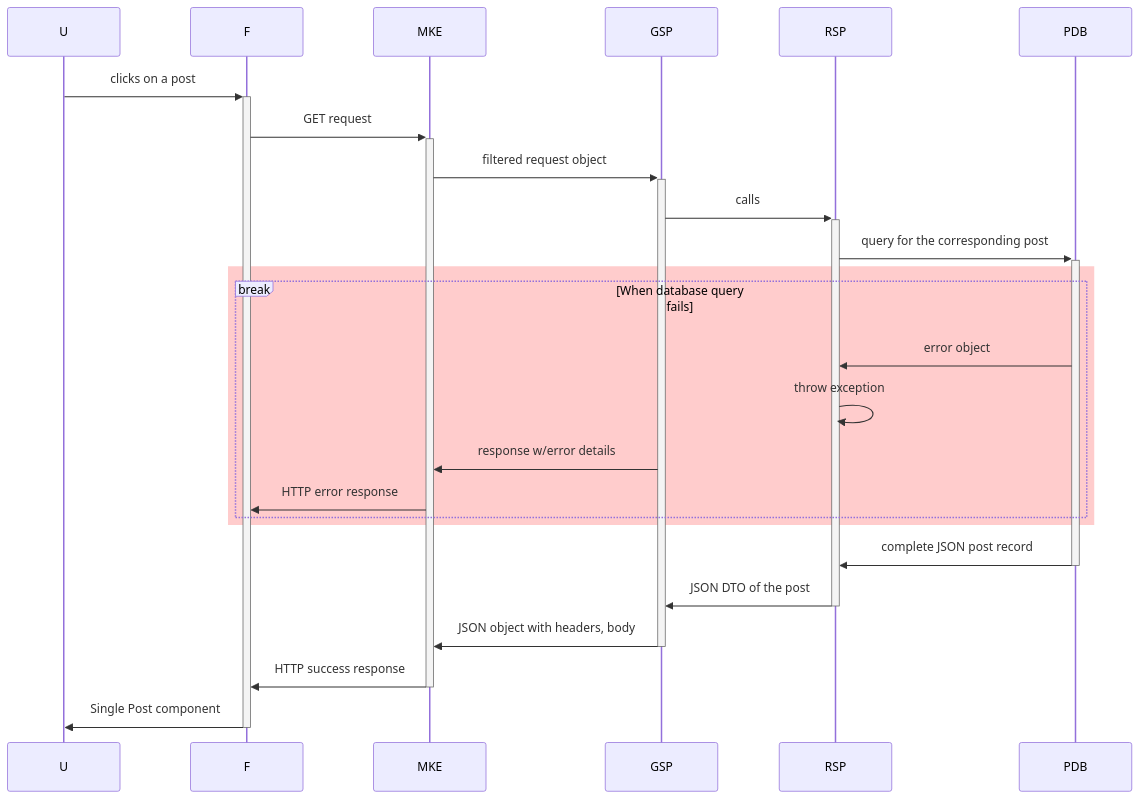
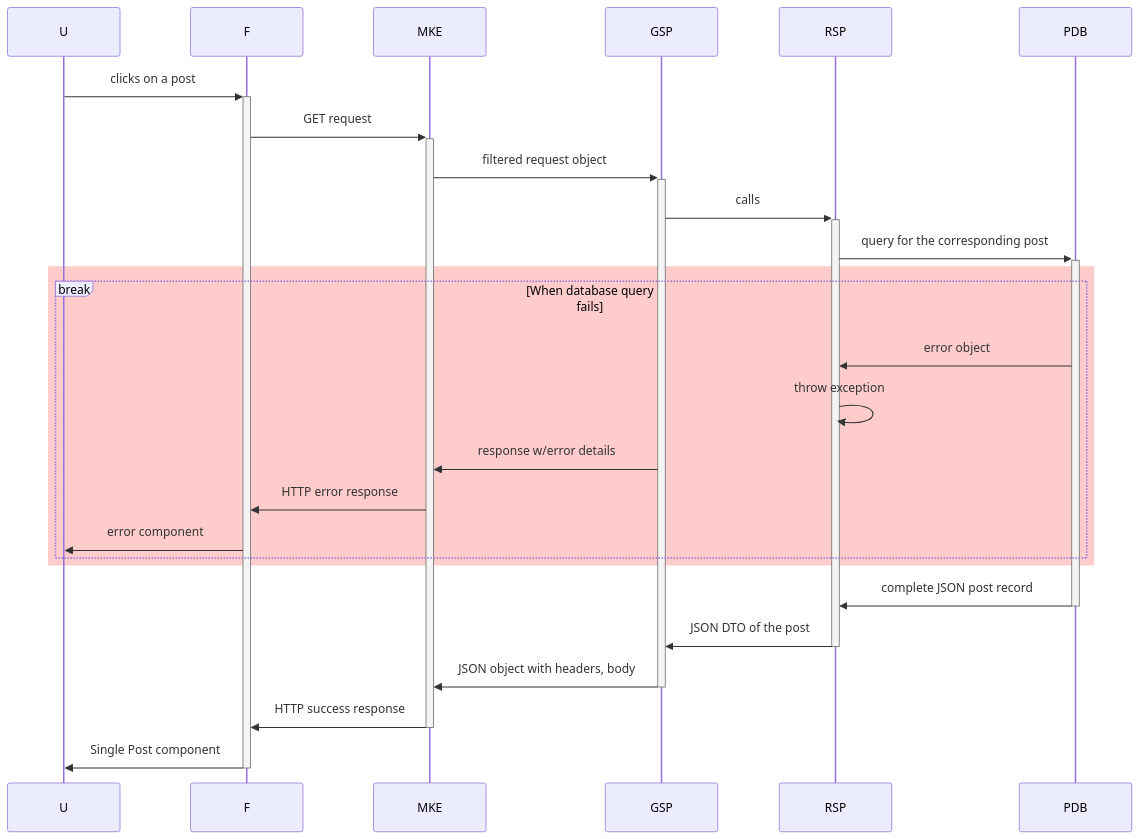
Before and after one commit to maryamkhan14/cv-circle: the first of 3 diagrams in DOCUMENTATION.md, drawn with Mermaid. The commit also changed other lines of this file, not shown here.

Commit message:
Added some missing details in sequence diagrams

````diff
--- a/DOCUMENTATION.md
+++ b/DOCUMENTATION.md
@@ -28,23 +28,24 @@
 ```mermaid
 sequenceDiagram
     U->>+F: clicks on a post
     F->>+MKE: GET request
     MKE->>+GSP: filtered request object
     GSP->>+RSP: calls
     RSP->>+PDB: query for the corresponding post
 
     rect rgba(255, 0, 0, 0.2)
         break When database query fails
             PDB->>RSP: error object
             RSP->>RSP: throw exception
             GSP->>MKE: response w/error details
             MKE->>F: HTTP error response
+            F->>U: error component
         end
     end
 
     PDB->>-RSP: complete JSON post record
     RSP->>-GSP: JSON DTO of the post
     GSP->>-MKE: JSON object with headers, body
     MKE->>-F: HTTP success response
     F->>-U: Single Post component
 ```
````
